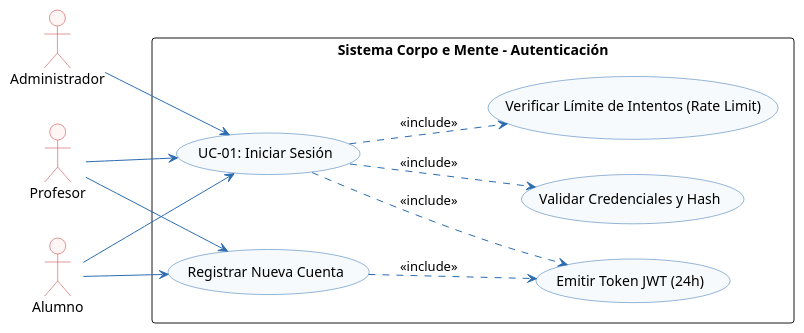
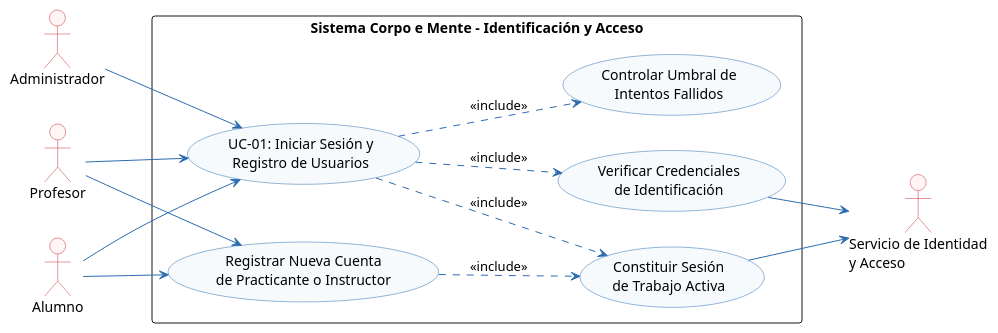
One commit to Tsmrain/JiuJitsu changed the second of 37 diagrams in docs/ProyectoGrado.md. Above: the diagram before and after it, drawn with PlantUML. The commit also changed other lines of this file and 17 other files, not shown here.

````diff
--- a/docs/ProyectoGrado.md
+++ b/docs/ProyectoGrado.md
@@ -1136,48 +1136,48 @@
 ```plantuml
 @startuml
 left to right direction
-
 skinparam shadowing false
 skinparam monochrome false
 skinparam defaultFontName Arial
 skinparam roundcorner 6
 skinparam ArrowColor #2B6CB0
 skinparam ActorBorderColor #C53030
 skinparam ActorBackgroundColor #FFF5F5
 skinparam BoundaryBorderColor #2B6CB0
 skinparam BoundaryBackgroundColor #EBF8FF
 skinparam ControlBorderColor #2F855A
 skinparam ControlBackgroundColor #F0FFF4
 skinparam EntityBorderColor #D69E2E
 skinparam EntityBackgroundColor #FFFFF0
-skinparam DatabaseBorderColor #4A5568
-skinparam DatabaseBackgroundColor #EDF2F7
 skinparam UsecaseBorderColor #2B6CB0
 skinparam UsecaseBackgroundColor #F7FAFC
-
 
 actor "Alumno" as AL
 actor "Profesor" as PR
 actor "Administrador" as AD
+actor "Servicio de Identidad\ny Acceso" as SIA
 
-rectangle "Sistema Corpo e Mente - Autenticación" {
-    usecase "UC-01: Iniciar Sesión" as UC01
-    usecase "Registrar Nueva Cuenta" as UC01_Reg
-    usecase "Validar Credenciales y Hash" as UC01_Val
-    usecase "Emitir Token JWT (24h)" as UC01_JWT
-    usecase "Verificar Límite de Intentos (Rate Limit)" as UC01_Rate
+rectangle "Sistema Corpo e Mente - Identificación y Acceso" {
+    usecase "UC-01: Iniciar Sesión y\nRegistro de Usuarios" as UC01
+    usecase "Registrar Nueva Cuenta\nde Practicante o Instructor" as UC01_Reg
+    usecase "Verificar Credenciales\nde Identificación" as UC01_Val
+    usecase "Constituir Sesión\nde Trabajo Activa" as UC01_Ses
+    usecase "Controlar Umbral de\nIntentos Fallidos" as UC01_Lim
 }
 
 AL --> UC01
 PR --> UC01
 AD --> UC01
 
 AL --> UC01_Reg
 PR --> UC01_Reg
 
 UC01 ..> UC01_Val : <<include>>
-UC01 ..> UC01_JWT : <<include>>
-UC01 ..> UC01_Rate : <<include>>
-UC01_Reg ..> UC01_JWT : <<include>>
+UC01 ..> UC01_Ses : <<include>>
+UC01 ..> UC01_Lim : <<include>>
+UC01_Reg ..> UC01_Ses : <<include>>
+
+UC01_Val --> SIA
+UC01_Ses --> SIA
 @enduml
 ```
````
